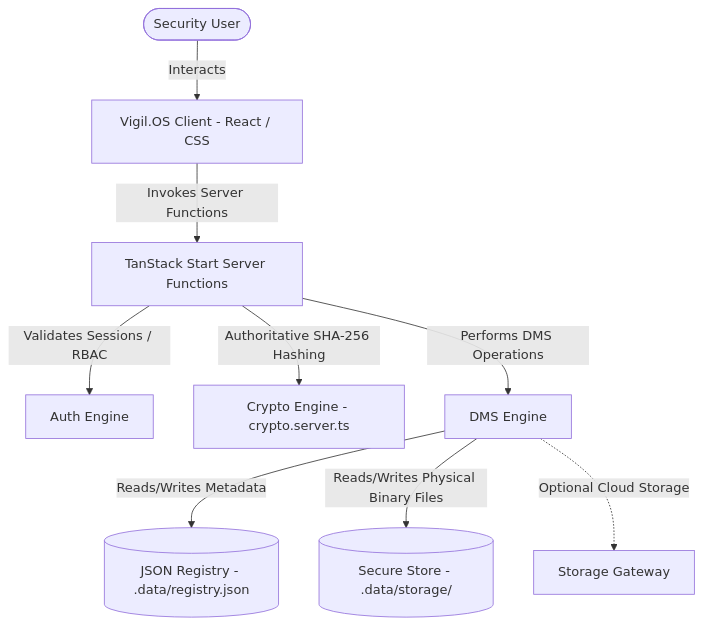
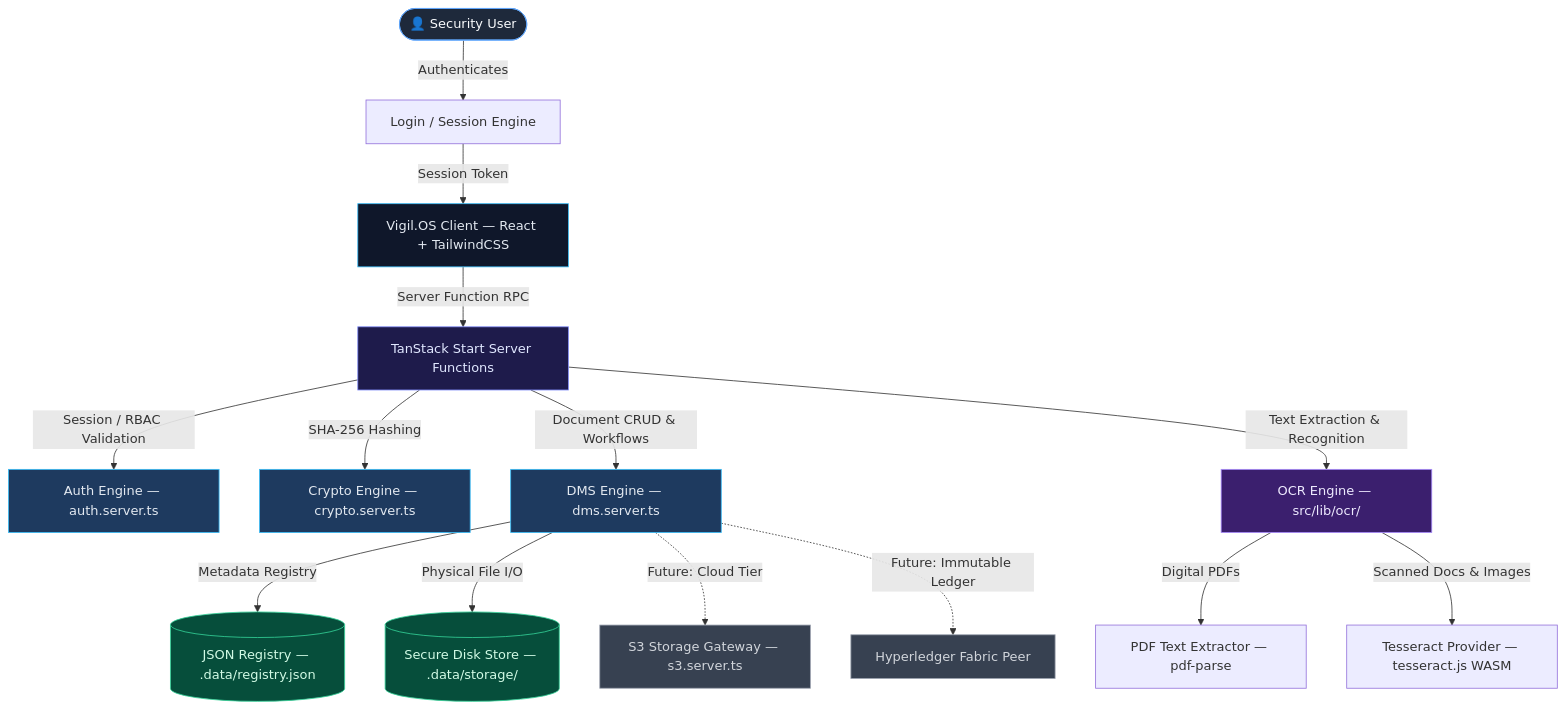
One commit to pranavkadam-cs/judicator-docs changed the first of 6 diagrams in README.md. Above: the diagram before and after it, drawn with Mermaid. The commit also changed other lines of this file, not shown here.

Commit message:
Update README with comprehensive architecture diagrams, OCR docs, API reference, and flow diagrams

````diff
--- a/README.md
+++ b/README.md
@@ -9,11 +11,33 @@
 ```mermaid
 graph TD
-    User([Security User]) -->|Interacts| Client[Vigil.OS Client - React / CSS]
-    Client -->|Invokes Server Functions| ServerFn[TanStack Start Server Functions]
-    ServerFn -->|Validates Sessions / RBAC| Auth[Auth Engine]
-    ServerFn -->|Authoritative SHA-256 Hashing| Crypto[Crypto Engine - crypto.server.ts]
-    ServerFn -->|Performs DMS Operations| DMS[DMS Engine]
-    DMS -->|Reads/Writes Metadata| DB[(JSON Registry - .data/registry.json)]
-    DMS -->|Reads/Writes Physical Binary Files| Storage[(Secure Store - .data/storage/)]
-    DMS -.->|Optional Cloud Storage| S3[Storage Gateway]
+    User([👤 Security User]) -->|Authenticates| Login[Login / Session Engine]
+    Login -->|Session Token| Client[Vigil.OS Client — React + TailwindCSS]
+
+    Client -->|Server Function RPC| ServerFn[TanStack Start Server Functions]
+
+    ServerFn -->|Session / RBAC Validation| Auth[Auth Engine — auth.server.ts]
+    ServerFn -->|SHA-256 Hashing| Crypto[Crypto Engine — crypto.server.ts]
+    ServerFn -->|Document CRUD & Workflows| DMS[DMS Engine — dms.server.ts]
+    ServerFn -->|Text Extraction & Recognition| OCR[OCR Engine — src/lib/ocr/]
+
+    DMS -->|Metadata Registry| DB[(JSON Registry — .data/registry.json)]
+    DMS -->|Physical File I/O| Storage[(Secure Disk Store — .data/storage/)]
+    DMS -.->|Future: Cloud Tier| S3[S3 Storage Gateway — s3.server.ts]
+
+    OCR -->|Digital PDFs| PDFExtractor[PDF Text Extractor — pdf-parse]
+    OCR -->|Scanned Docs & Images| Tesseract[Tesseract Provider — tesseract.js WASM]
+
+    DMS -.->|Future: Immutable Ledger| Blockchain[Hyperledger Fabric Peer]
+
+    style User fill:#1e293b,stroke:#60a5fa,color:#f8fafc
+    style Client fill:#0f172a,stroke:#38bdf8,color:#e2e8f0
+    style ServerFn fill:#1e1b4b,stroke:#818cf8,color:#e0e7ff
+    style Auth fill:#1e3a5f,stroke:#38bdf8,color:#e2e8f0
+    style Crypto fill:#1e3a5f,stroke:#38bdf8,color:#e2e8f0
+    style DMS fill:#1e3a5f,stroke:#38bdf8,color:#e2e8f0
+    style OCR fill:#3b1f6e,stroke:#a78bfa,color:#ede9fe
+    style DB fill:#064e3b,stroke:#34d399,color:#d1fae5
+    style Storage fill:#064e3b,stroke:#34d399,color:#d1fae5
+    style S3 fill:#374151,stroke:#9ca3af,color:#d1d5db
+    style Blockchain fill:#374151,stroke:#9ca3af,color:#d1d5db
 ```
````
